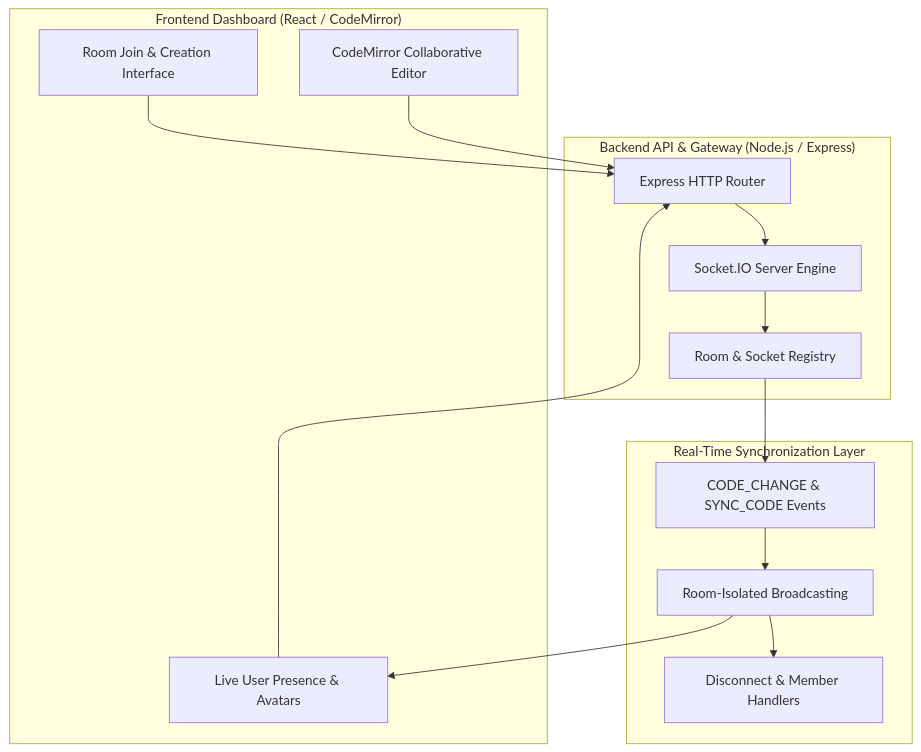
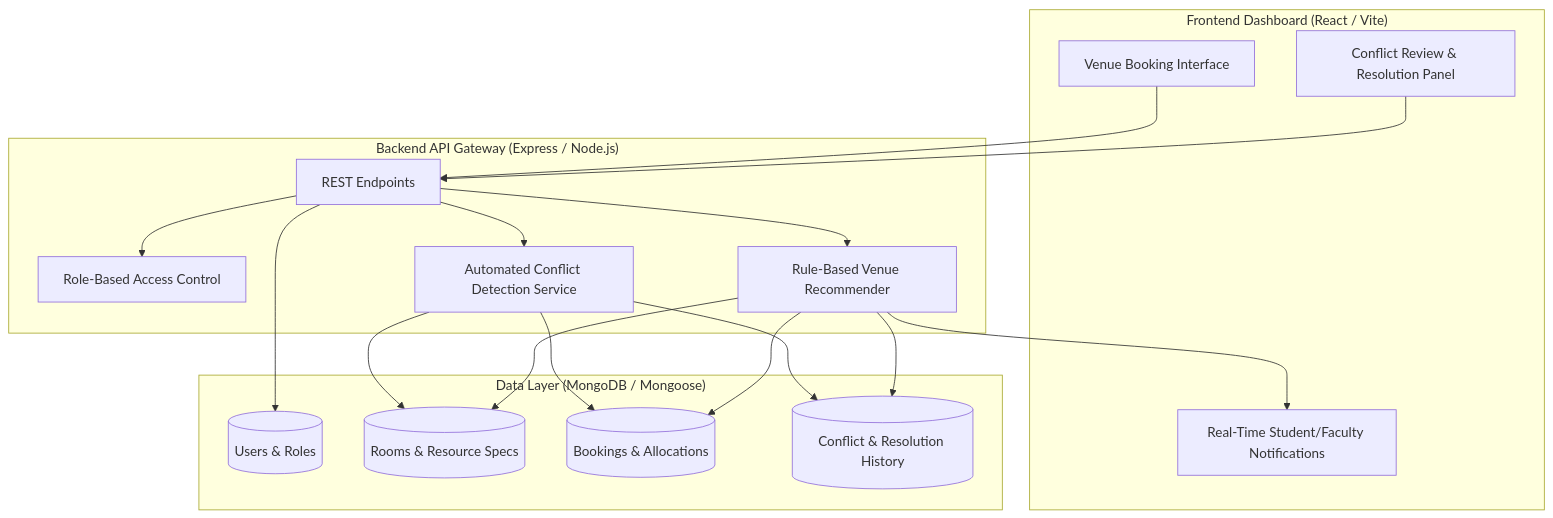
One commit to YuvrajJasuja/CodeRoom changed the diagram in README.md. Above: the diagram before and after it, drawn with Mermaid. The commit also changed other lines of this file, not shown here.

Commit message:
docs: update README.md with exact Campus Resource Management README content

````diff
--- a/README.md
+++ b/README.md
@@ -34,28 +36,30 @@
 ```mermaid
 flowchart TD
-    subgraph Client["Frontend Dashboard (React / CodeMirror)"]
-        UI["Room Join & Creation Interface"]
-        Editor["CodeMirror Collaborative Editor"]
-        Avatars["Live User Presence & Avatars"]
+    subgraph Client["Frontend Dashboard (React / Vite)"]
+        UI["Venue Booking Interface"]
+        ConflictView["Conflict Review & Resolution Panel"]
+        Notifications["Real-Time Student/Faculty Notifications"]
     end
 
-    subgraph API["Backend API & Gateway (Node.js / Express)"]
-        Router["Express HTTP Router"]
-        SocketEngine["Socket.IO Server Engine"]
-        RoomMgr["Room & Socket Registry"]
+    subgraph API["Backend API Gateway (Express / Node.js)"]
+        Router["REST Endpoints"]
+        Auth["Role-Based Access Control"]
+        ConflictEngine["Automated Conflict Detection Service"]
+        Recommender["Rule-Based Venue Recommender"]
     end
 
-    subgraph SyncEngine["Real-Time Synchronization Layer"]
-        SyncEvents["CODE_CHANGE & SYNC_CODE Events"]
-        Broadcast["Room-Isolated Broadcasting"]
-        Disconn["Disconnect & Member Handlers"]
+    subgraph Database["Data Layer (MongoDB / Mongoose)"]
+        Users[("Users & Roles")]
+        Rooms[("Rooms & Resource Specs")]
+        Bookings[("Bookings & Allocations")]
+        Conflicts[("Conflict & Resolution History")]
     end
 
-    UI & Editor & Avatars --> Router
-    Router --> SocketEngine
-    SocketEngine --> RoomMgr
-    RoomMgr --> SyncEvents
-    SyncEvents --> Broadcast
-    Broadcast --> Disconn
-    Broadcast --> Avatars
+    UI & ConflictView --> Router
+    Router --> Auth
+    Router --> ConflictEngine
+    Router --> Recommender
+    ConflictEngine & Recommender --> Rooms & Bookings & Conflicts
+    Router --> Users
+    Recommender --> Notifications
 ```
````
